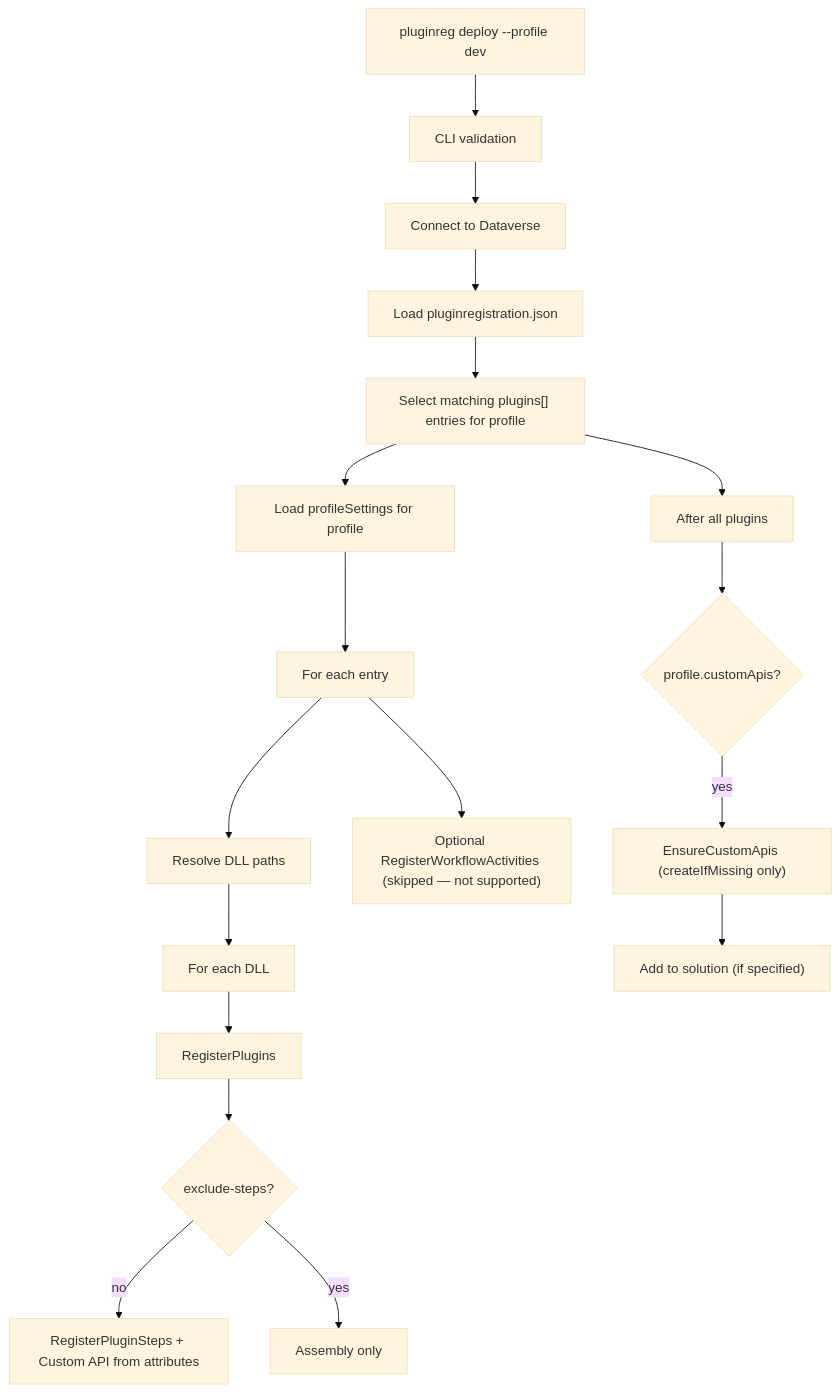
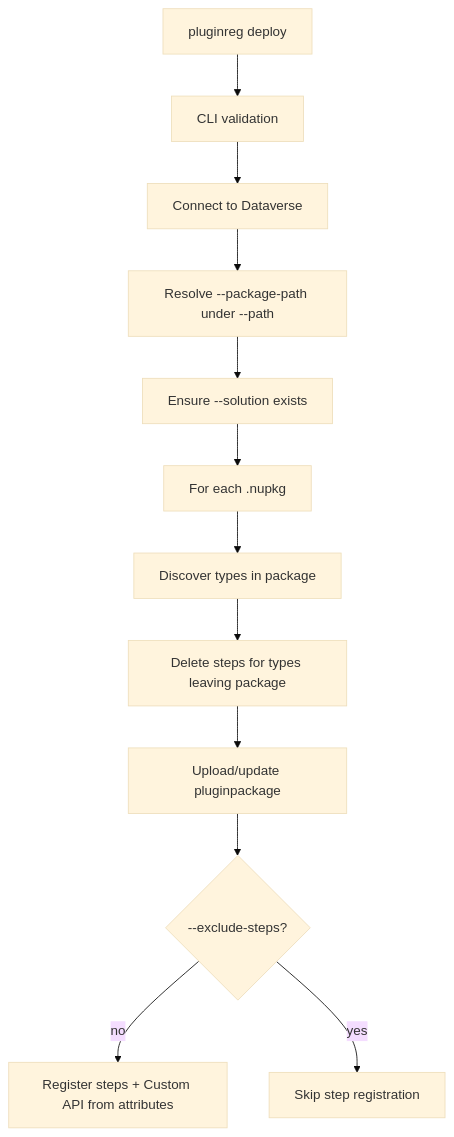
The diagram in docs/deploy.md (crstPawel/PluginRegistration), drawn with Mermaid (base theme) before and after one commit. The commit also changed other lines of this file and 69 other files, not shown here.

````diff
--- a/docs/deploy.md
+++ b/docs/deploy.md
@@ -19,20 +19,14 @@
 ```mermaid
 flowchart TD
-    A["pluginreg deploy --profile dev"] --> B["CLI validation"]
+    A["pluginreg deploy"] --> B["CLI validation"]
     B --> C["Connect to Dataverse"]
-    C --> D["Load pluginregistration.json"]
-    D --> E["Select matching plugins[] entries for profile"]
-    E --> F["Load profileSettings for profile"]
-    F --> G["For each entry"]
-    G --> H["Resolve DLL paths"]
-    H --> I["For each DLL"]
-    I --> J["RegisterPlugins"]
-    J --> K{"exclude-steps?"}
-    K -->|no| L["RegisterPluginSteps + Custom API from attributes"]
-    K -->|yes| M["Assembly only"]
-    G --> N["Optional RegisterWorkflowActivities (skipped — not supported)"]
-    E --> O["After all plugins"]
-    O --> P{"profile.customApis?"}
-    P -->|yes| Q["EnsureCustomApis (createIfMissing only)"]
-    Q --> R["Add to solution (if specified)"]
+    C --> D["Resolve --package-path under --path"]
+    D --> E["Ensure --solution exists"]
+    E --> F["For each .nupkg"]
+    F --> G["Discover types in package"]
+    G --> H["Delete steps for types leaving package"]
+    H --> I["Upload/update pluginpackage"]
+    I --> J{"--exclude-steps?"}
+    J -->|no| K["Register steps + Custom API from attributes"]
+    J -->|yes| L["Skip step registration"]
 ```
````
